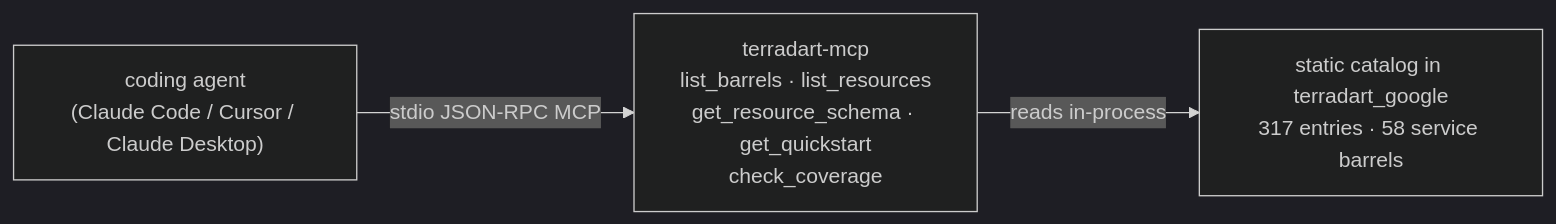
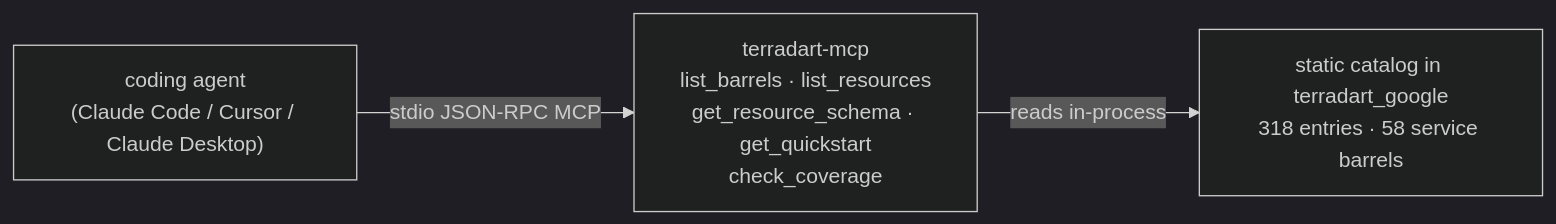
One commit to nozomi-koborinai/terradart changed the diagram in website/src/content/docs/docs/agent/index.md. Above: the diagram before and after it, drawn with Mermaid (dark theme). The commit also changed other lines of this file and 16 other files, not shown here.

````diff
--- a/website/src/content/docs/docs/agent/index.md
+++ b/website/src/content/docs/docs/agent/index.md
@@ -12,8 +12,8 @@
 ```mermaid
 graph LR
   agent["coding agent<br/>(Claude Code / Cursor / Claude Desktop)"]
   mcp["terradart-mcp<br/>list_barrels · list_resources<br/>get_resource_schema · get_quickstart<br/>check_coverage"]
-  catalog["static catalog in terradart_google<br/>317 entries · 58 service barrels"]
+  catalog["static catalog in terradart_google<br/>318 entries · 58 service barrels"]
   agent -->|stdio JSON-RPC MCP| mcp
   mcp -->|reads in-process| catalog
 ```
````
